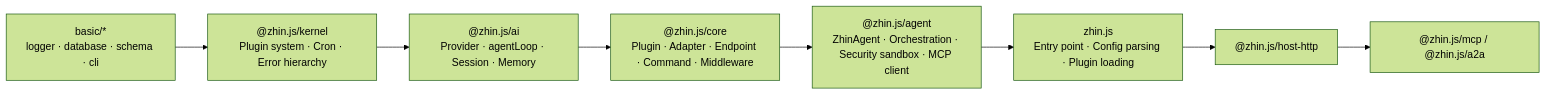
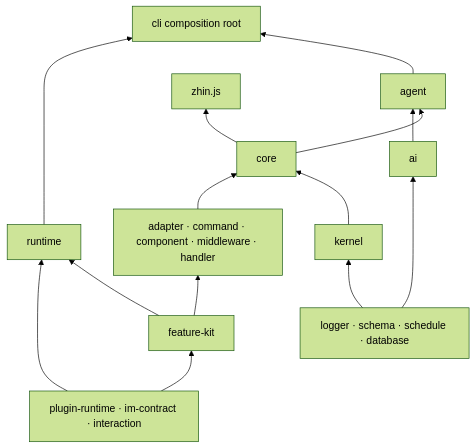
One commit to zhinjs/zhin changed the diagram in docs/en/contributing/repo-structure.md. Above: the diagram before and after it, drawn with Mermaid (forest theme). The commit also changed other lines of this file and 48 other files, not shown here.

````diff
--- a/docs/en/contributing/repo-structure.md
+++ b/docs/en/contributing/repo-structure.md
@@ -38,10 +38,16 @@
 ```mermaid
-flowchart LR
-  basic["basic/*<br/>logger · database · schema · cli"] --> kernel["@zhin.js/kernel<br/>Plugin system · Cron · Error hierarchy"]
-  kernel --> ai["@zhin.js/ai<br/>Provider · agentLoop · Session · Memory"]
-  ai --> core["@zhin.js/core<br/>Plugin · Adapter · Endpoint · Command · Middleware"]
-  core --> agent["@zhin.js/agent<br/>ZhinAgent · Orchestration · Security sandbox · MCP client"]
-  agent --> zhin["zhin.js<br/>Entry point · Config parsing · Plugin loading"]
-  zhin --> hostHttp["@zhin.js/host-http"]
-  hostHttp --> hostMcp["@zhin.js/mcp / @zhin.js/a2a"]
+flowchart BT
+  contract["plugin-runtime · im-contract · interaction"] --> featureKit["feature-kit"]
+  featureKit --> features["adapter · command · component · middleware · handler"]
+  features --> core["core"]
+  basic["logger · schema · schedule · database"] --> kernel["kernel"]
+  kernel --> core
+  basic --> ai["ai"]
+  ai --> agent["agent"]
+  core --> agent
+  core --> zhin["zhin.js"]
+  contract --> runtime["runtime"]
+  featureKit --> runtime
+  runtime --> cli["cli composition root"]
+  agent --> cli
 ```
````
